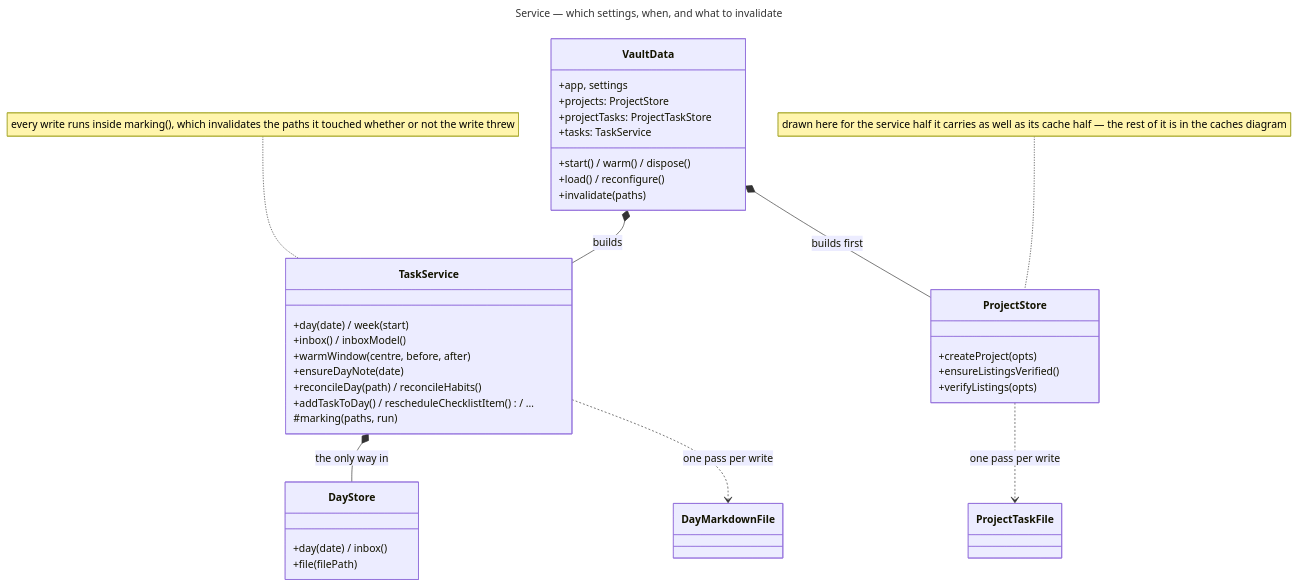
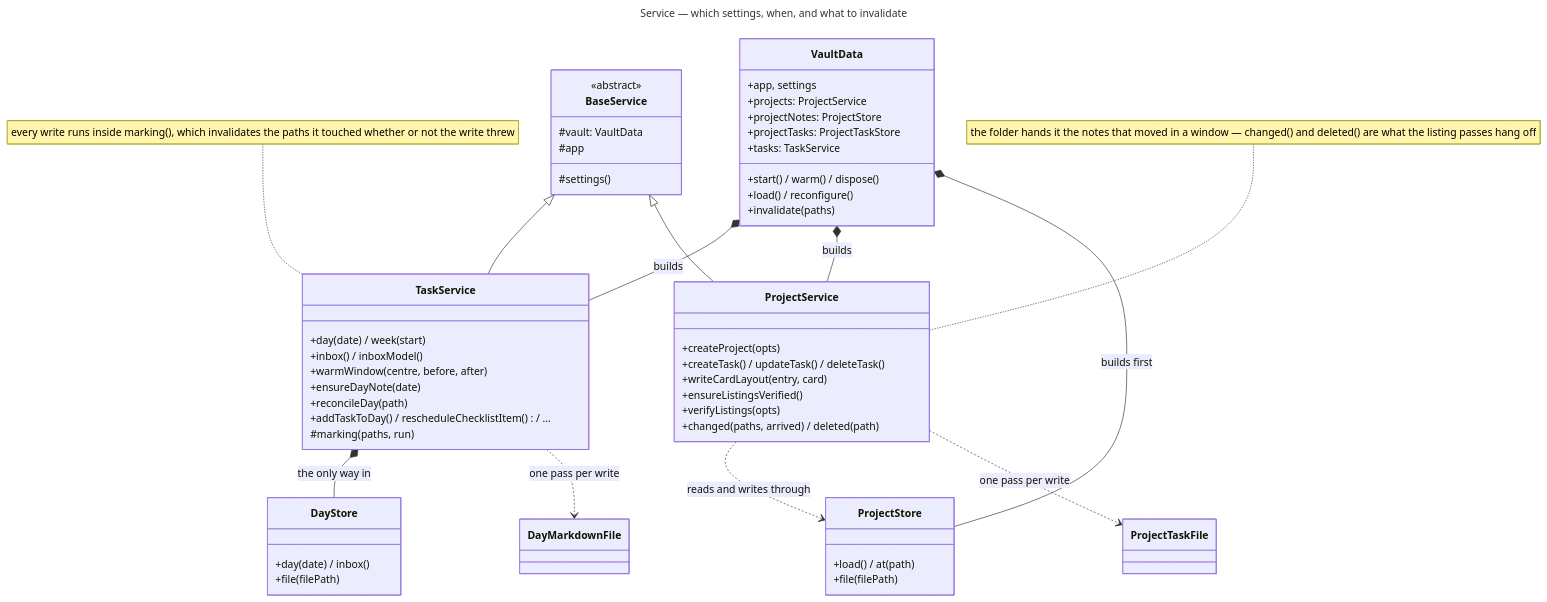
Before and after one commit to Laurent-Ferier/pm-compass: the diagram in docs/technical/diagrams/service.mmd, drawn with Mermaid. The commit also changed 39 other files, not shown here.

First line of the commit message:
refactor: a service over the project stores, and a cache that only caches

```diff
--- a/docs/technical/diagrams/service.mmd
+++ b/docs/technical/diagrams/service.mmd
@@ -1,45 +1,65 @@
 ---
 title: Service — which settings, when, and what to invalidate
 ---
 classDiagram
   direction TB
 
   class VaultData {
     +app, settings
-    +projects: ProjectStore
+    +projects: ProjectService
+    +projectNotes: ProjectStore
     +projectTasks: ProjectTaskStore
     +tasks: TaskService
     +start() / warm() / dispose()
     +load() / reconfigure()
     +invalidate(paths)
   }
 
+  class BaseService {
+    <<abstract>>
+    #vault: VaultData
+    #app
+    #settings()
+  }
+
   class TaskService {
     +day(date) / week(start)
     +inbox() / inboxModel()
     +warmWindow(centre, before, after)
     +ensureDayNote(date)
-    +reconcileDay(path) / reconcileHabits()
+    +reconcileDay(path)
     +addTaskToDay() / rescheduleChecklistItem() / …
     #marking(paths, run)
   }
 
-  class ProjectStore {
+  class ProjectService {
     +createProject(opts)
+    +createTask() / updateTask() / deleteTask()
+    +writeCardLayout(entry, card)
     +ensureListingsVerified()
     +verifyListings(opts)
+    +changed(paths, arrived) / deleted(path)
   }
 
   class DayStore {
     +day(date) / inbox()
     +file(filePath)
   }
 
+  class ProjectStore {
+    +load() / at(path)
+    +file(filePath)
+  }
+
+  BaseService <|-- TaskService
+  BaseService <|-- ProjectService
   VaultData *-- TaskService : builds
+  VaultData *-- ProjectService : builds
   VaultData *-- ProjectStore : builds first
   TaskService *-- DayStore : the only way in
+  ProjectService ..> ProjectStore : reads and writes through
   TaskService ..> DayMarkdownFile : one pass per write
-  ProjectStore ..> ProjectTaskFile : one pass per write
+  ProjectService ..> ProjectTaskFile : one pass per write
 
-  note for ProjectStore "drawn here for the service half it carries as well as its cache half — the rest of it is in the caches diagram"
+  note for ProjectService "the folder hands it the notes that moved in a window — changed() and deleted() are what the listing passes hang off"
   note for TaskService "every write runs inside marking(), which invalidates the paths it touched whether or not the write threw"
```
